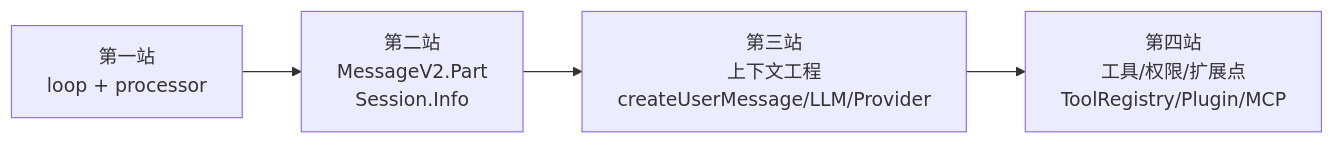
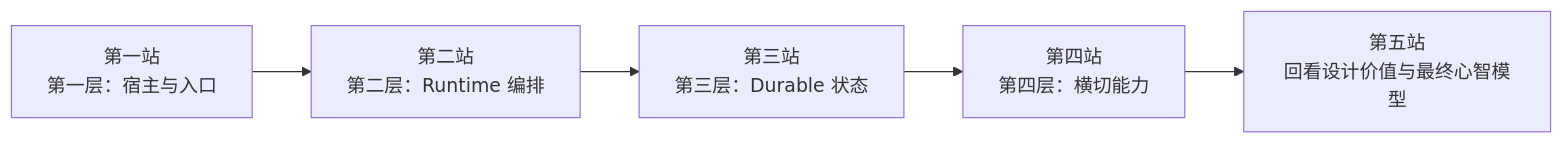
Before and after one commit to feuyeux/agent-study: the diagram in opencode_kickoff/18-reading-path.md, drawn with Mermaid. The commit also changed other lines of this file and 22 other files, not shown here.

````diff
--- a/opencode_kickoff/18-reading-path.md
+++ b/opencode_kickoff/18-reading-path.md
@@ -7,6 +9,7 @@
 ```mermaid
 flowchart LR
-    P1["第一站<br/>loop + processor"] --> P2["第二站<br/>MessageV2.Part<br/>Session.Info"]
-    P2 --> P3["第三站<br/>上下文工程<br/>createUserMessage/LLM/Provider"]
-    P3 --> P4["第四站<br/>工具/权限/扩展点<br/>ToolRegistry/Plugin/MCP"]
+    P1["第一站<br/>第一层：宿主与入口"] --> P2["第二站<br/>第二层：Runtime 编排"]
+    P2 --> P3["第三站<br/>第三层：Durable 状态"]
+    P3 --> P4["第四站<br/>第四层：横切能力"]
+    P4 --> P5["第五站<br/>回看设计价值与最终心智模型"]
 ```
````
